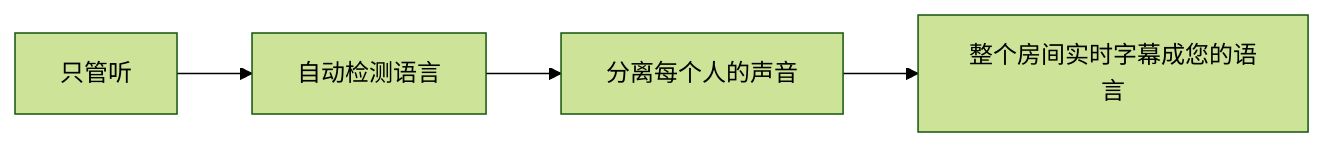
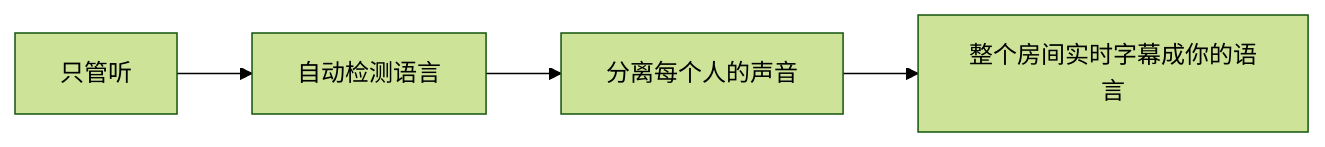
Before and after one commit to rpalm01-star/VigilantEarLegal: the first of 4 diagrams in README_zh-Hans.md, drawn with Mermaid (forest theme). The commit also changed other lines of this file and 11 other files, not shown here.

````diff
--- a/README_zh-Hans.md
+++ b/README_zh-Hans.md
@@ -52,4 +58,4 @@
 ```mermaid
 graph LR
-    A["只管听"] --> B["自动检测语言"] --> C["分离每个人的声音"] --> D["整个房间实时字幕成您的语言"]
+    A["只管听"] --> B["自动检测语言"] --> C["分离每个人的声音"] --> D["整个房间实时字幕成你的语言"]
 ```
````
